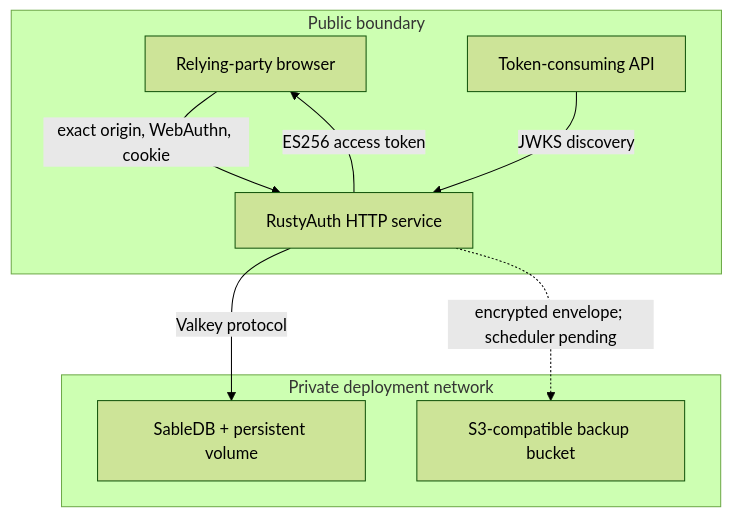
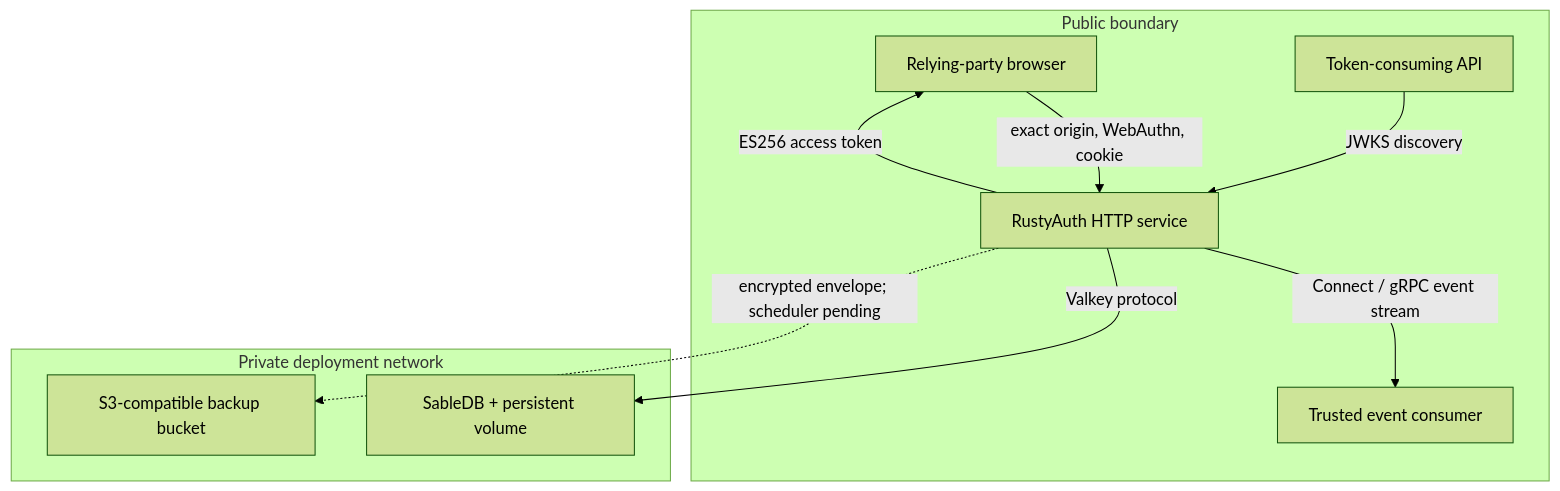
One commit to rusty-auth/rustyauth changed the first of 2 diagrams in docs/ARCHITECTURE.md. Above: the diagram before and after it, drawn with Mermaid (forest theme). The commit also changed other lines of this file and 27 other files, not shown here.

Commit message:
feat: add authenticated grpc event stream

````diff
--- a/docs/ARCHITECTURE.md
+++ b/docs/ARCHITECTURE.md
@@ -20,19 +20,21 @@
 ```mermaid
 flowchart TB
     subgraph Public["Public boundary"]
       Browser["Relying-party browser"]
       Consumer["Token-consuming API"]
+      EventConsumer["Trusted event consumer"]
       Auth["RustyAuth HTTP service"]
     end
 
     subgraph Private["Private deployment network"]
       Sable["SableDB + persistent volume"]
       Bucket["S3-compatible backup bucket"]
     end
 
     Browser -->|"exact origin, WebAuthn, cookie"| Auth
     Auth -->|"ES256 access token"| Browser
     Consumer -->|"JWKS discovery"| Auth
+    Auth -->|"Connect / gRPC event stream"| EventConsumer
     Auth -->|"Valkey protocol"| Sable
     Auth -.->|"encrypted envelope; scheduler pending"| Bucket
 ```
````
